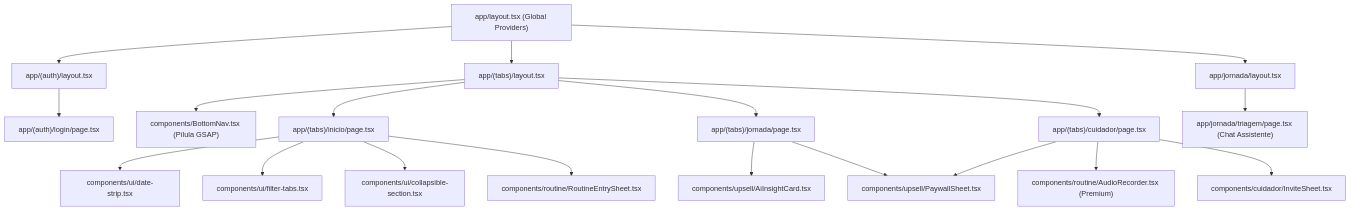
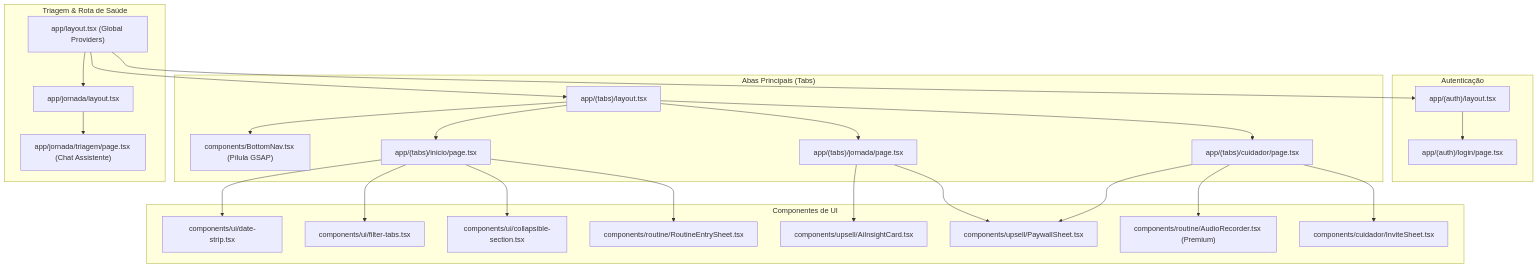
The first of 7 diagrams in ARCHITECTURE.md (StillHue/neuroplus), drawn with Mermaid before and after one commit. The commit also changed other lines of this file, not shown here.

Commit message:
docs(web): improve architecture diagrams readability and abstract sensitive references

````diff
--- a/ARCHITECTURE.md
+++ b/ARCHITECTURE.md
@@ -24,27 +24,37 @@
 ```mermaid
 flowchart TD
-  RootLayout["app/layout.tsx (Global Providers)"] --> AuthLayout["app/(auth)/layout.tsx"]
-  RootLayout --> TabsLayout["app/(tabs)/layout.tsx"]
+  RootLayout["app/layout.tsx (Global Providers)"] 
   
-  AuthLayout --> LoginPage["app/(auth)/login/page.tsx"]
-  
-  TabsLayout --> BottomNav["components/BottomNav.tsx (Pílula GSAP)"]
-  TabsLayout --> InicioPage["app/(tabs)/inicio/page.tsx"]
-  TabsLayout --> JornadaPage["app/(tabs)/jornada/page.tsx"]
-  TabsLayout --> CuidadorPage["app/(tabs)/cuidador/page.tsx"]
-  
-  InicioPage --> DateStrip["components/ui/date-strip.tsx"]
-  InicioPage --> FilterTabs["components/ui/filter-tabs.tsx"]
-  InicioPage --> CollapsibleSection["components/ui/collapsible-section.tsx"]
-  InicioPage --> RoutineEntrySheet["components/routine/RoutineEntrySheet.tsx"]
-  
-  JornadaPage --> AiInsightCard["components/upsell/AiInsightCard.tsx"]
-  JornadaPage --> PaywallSheet["components/upsell/PaywallSheet.tsx"]
-  
-  CuidadorPage --> AudioRecorder["components/routine/AudioRecorder.tsx (Premium)"]
-  CuidadorPage --> InviteSheet["components/cuidador/InviteSheet.tsx"]
-  CuidadorPage --> PaywallSheet
-  
-  RootLayout --> TriageLayout["app/jornada/layout.tsx"]
-  TriageLayout --> TriagePage["app/jornada/triagem/page.tsx (Chat Assistente)"]
+  subgraph Auth ["Autenticação"]
+    AuthLayout["app/(auth)/layout.tsx"] --> LoginPage["app/(auth)/login/page.tsx"]
+  end
+
+  subgraph MainTabs ["Abas Principais (Tabs)"]
+    TabsLayout["app/(tabs)/layout.tsx"] --> BottomNav["components/BottomNav.tsx (Pílula GSAP)"]
+    TabsLayout --> InicioPage["app/(tabs)/inicio/page.tsx"]
+    TabsLayout --> JornadaPage["app/(tabs)/jornada/page.tsx"]
+    TabsLayout --> CuidadorPage["app/(tabs)/cuidador/page.tsx"]
+  end
+
+  subgraph UIComponents ["Componentes de UI"]
+    InicioPage --> DateStrip["components/ui/date-strip.tsx"]
+    InicioPage --> FilterTabs["components/ui/filter-tabs.tsx"]
+    InicioPage --> CollapsibleSection["components/ui/collapsible-section.tsx"]
+    InicioPage --> RoutineEntrySheet["components/routine/RoutineEntrySheet.tsx"]
+    
+    JornadaPage --> AiInsightCard["components/upsell/AiInsightCard.tsx"]
+    JornadaPage --> PaywallSheet["components/upsell/PaywallSheet.tsx"]
+    
+    CuidadorPage --> AudioRecorder["components/routine/AudioRecorder.tsx (Premium)"]
+    CuidadorPage --> InviteSheet["components/cuidador/InviteSheet.tsx"]
+    CuidadorPage --> PaywallSheet
+  end
+
+  subgraph Triage ["Triagem & Rota de Saúde"]
+    RootLayout --> TriageLayout["app/jornada/layout.tsx"]
+    TriageLayout --> TriagePage["app/jornada/triagem/page.tsx (Chat Assistente)"]
+  end
+
+  RootLayout --> AuthLayout
+  RootLayout --> TabsLayout
 ```
````
